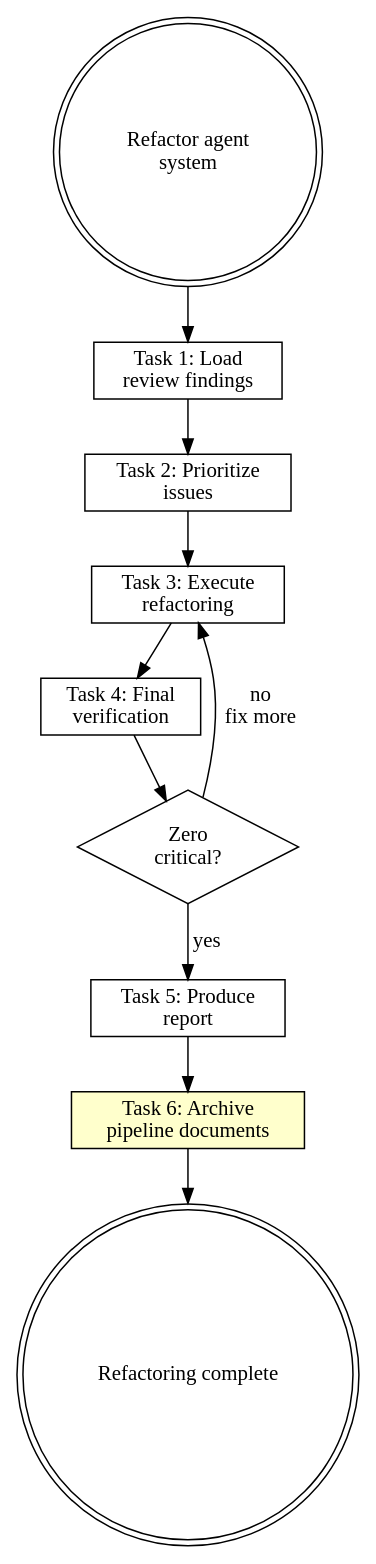
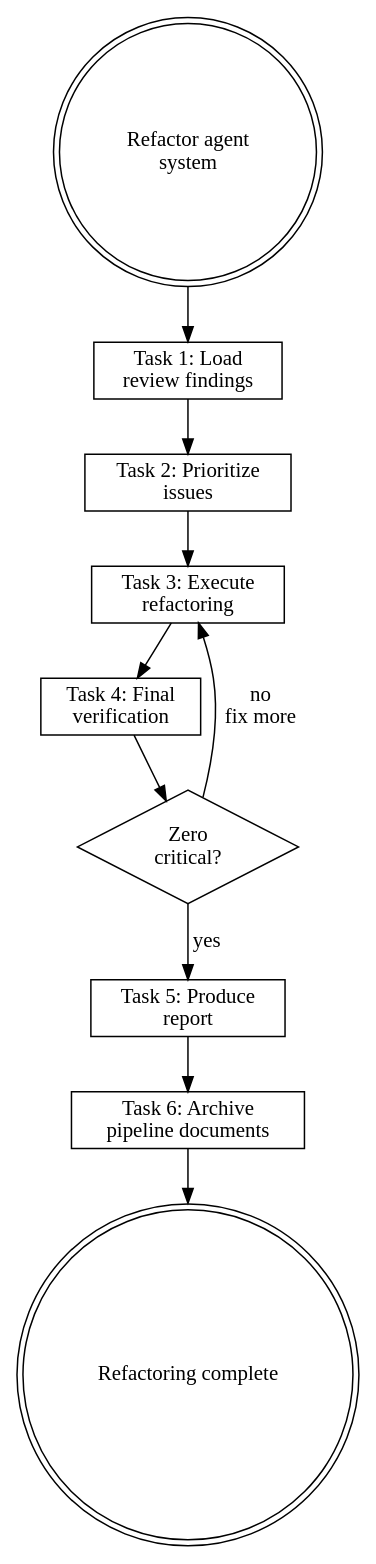
The diagram in plugins/rcc/skills/refactoring-agent-systems/SKILL.md (wayne930242/Reflexive-Claude-Code), drawn with Graphviz before and after one commit. The commit also changed 16 other files, not shown here.

````diff
--- a/plugins/rcc/skills/refactoring-agent-systems/SKILL.md
+++ b/plugins/rcc/skills/refactoring-agent-systems/SKILL.md
@@ -205,25 +205,25 @@
 ```dot
 digraph refactor_agent {
     rankdir=TB;
 
     start [label="Refactor agent\nsystem", shape=doublecircle];
     analyze [label="Task 1: Load\nreview findings", shape=box];
     compare [label="Task 2: Prioritize\nissues", shape=box];
     refactor [label="Task 3: Execute\nrefactoring", shape=box];
     verify [label="Task 4: Final\nverification", shape=box];
     clean [label="Zero\ncritical?", shape=diamond];
     report [label="Task 5: Produce\nreport", shape=box];
-    archive [label="Task 6: Archive\npipeline documents", shape=box, style=filled, fillcolor="#ffffcc"];
+    archive [label="Task 6: Archive\npipeline documents", shape=box];
     done [label="Refactoring complete", shape=doublecircle];
 
     start -> analyze;
     analyze -> compare;
     compare -> refactor;
     refactor -> verify;
     verify -> clean;
     clean -> report [label="yes"];
     clean -> refactor [label="no\nfix more"];
     report -> archive;
     archive -> done;
 }
 ```
````
